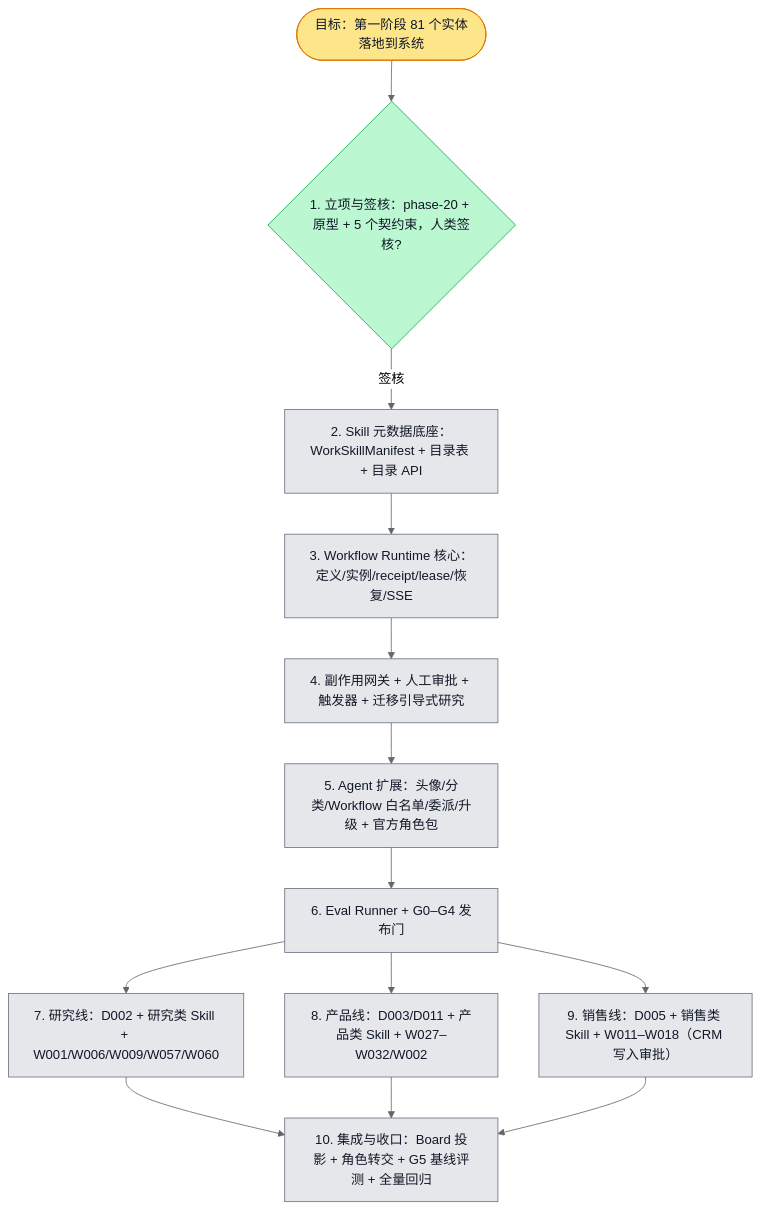
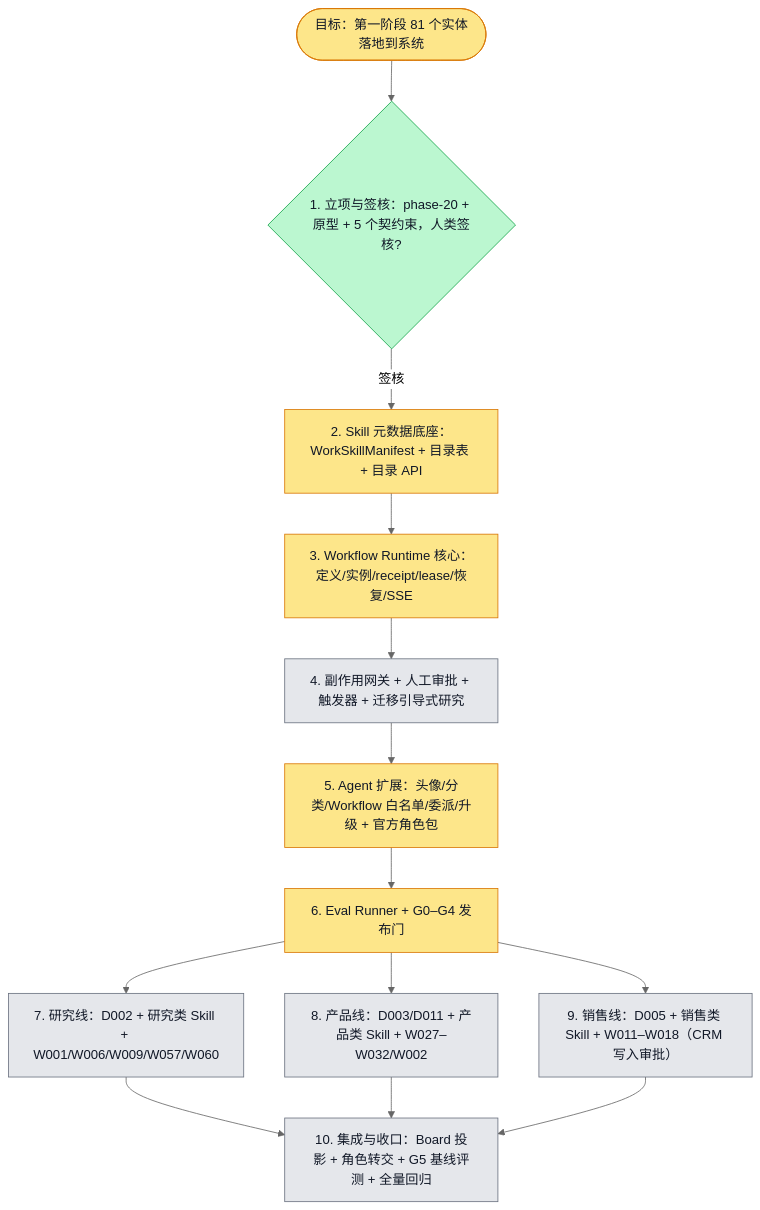
Before and after one commit to boardx/workspacex: the diagram in docs/proposals/WORK-STACK-PHASE1-IMPL.plan.md, drawn with Mermaid (neutral theme). The commit also changed other lines of this file, not shown here.

Commit message:
docs(plan): iterations 2/3/5/6 started in parallel
Claude-Session: https://claude.ai/code/session_01AktcNKdGsxfAT96ihaeZsq

````diff
--- a/docs/proposals/WORK-STACK-PHASE1-IMPL.plan.md
+++ b/docs/proposals/WORK-STACK-PHASE1-IMPL.plan.md
@@ -16,37 +16,37 @@
 ```mermaid
 flowchart TD
   G([目标：第一阶段 81 个实体落地到系统])
   I1{1. 立项与签核：phase-20 + 原型 + 5 个契约束，人类签核?}
   I2[2. Skill 元数据底座：WorkSkillManifest + 目录表 + 目录 API]
   I3[3. Workflow Runtime 核心：定义/实例/receipt/lease/恢复/SSE]
   I4[4. 副作用网关 + 人工审批 + 触发器 + 迁移引导式研究]
   I5[5. Agent 扩展：头像/分类/Workflow 白名单/委派/升级 + 官方角色包]
   I6[6. Eval Runner + G0–G4 发布门]
   I7[7. 研究线：D002 + 研究类 Skill + W001/W006/W009/W057/W060]
   I8[8. 产品线：D003/D011 + 产品类 Skill + W027–W032/W002]
   I9[9. 销售线：D005 + 销售类 Skill + W011–W018（CRM 写入审批）]
   I10[10. 集成与收口：Board 投影 + 角色转交 + G5 基线评测 + 全量回归]
 
   G --> I1 -- 签核 --> I2 --> I3 --> I4 --> I5 --> I6
   I6 --> I7 --> I10
   I6 --> I8 --> I10
   I6 --> I9 --> I10
 
   classDef todo fill:#e5e7eb,stroke:#6b7280,color:#111827
   classDef doing fill:#fde68a,stroke:#d97706,color:#111827
   classDef done fill:#bbf7d0,stroke:#16a34a,color:#111827
   classDef tested fill:#ddd6fe,stroke:#7c3aed,color:#111827
   classDef blocked fill:#fecaca,stroke:#dc2626,color:#111827
 
   class G doing
   class I1 done
-  class I2 todo
-  class I3 todo
+  class I2 doing
+  class I3 doing
   class I4 todo
-  class I5 todo
-  class I6 todo
+  class I5 doing
+  class I6 doing
   class I7 todo
   class I8 todo
   class I9 todo
   class I10 todo
 ```
````
